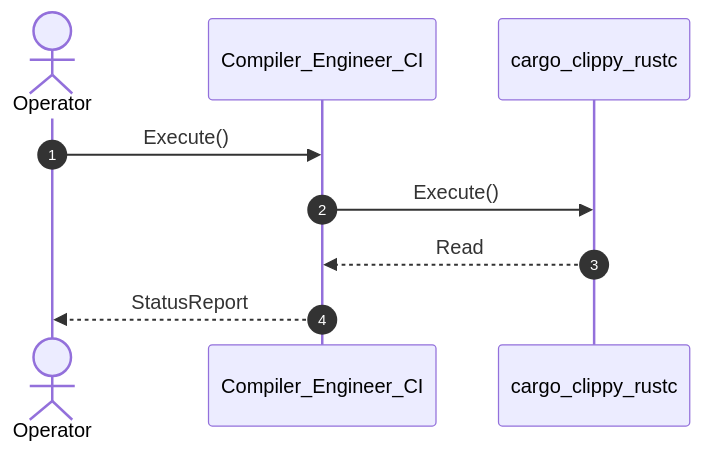
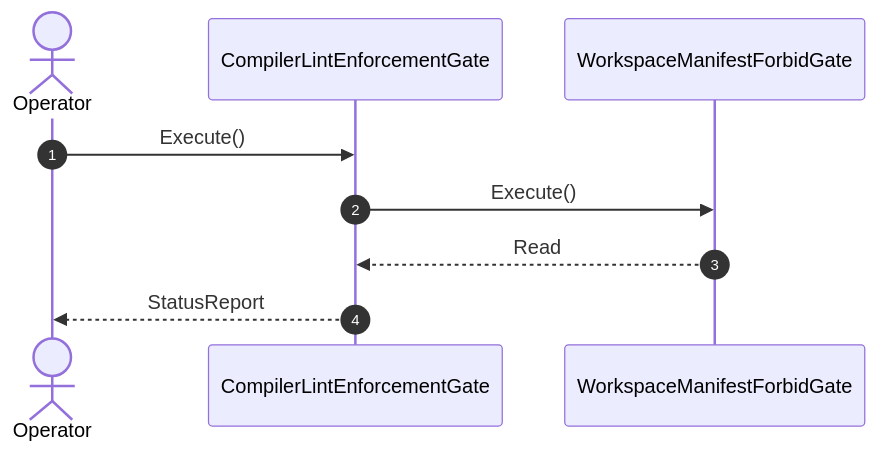
One commit to gintatkinson/DEAP01-spec-core changed the diagram in .pipeline/upstream/docs/user-stories/US-01-Execute.md. Above: the diagram before and after it, drawn with Mermaid. The commit also changed other lines of this file and 179 other files, not shown here.

Commit message:
fix(compiler): remediate upstream specification forward projection, diagram synthesis, and GitHub blob URL resolution

````diff
--- a/.pipeline/upstream/docs/user-stories/US-01-Execute.md
+++ b/.pipeline/upstream/docs/user-stories/US-01-Execute.md
@@ -16,11 +16,11 @@
 ```mermaid
 sequenceDiagram
     autonumber
     actor Operator
-    participant Compiler_Engineer_CI
-    participant cargo_clippy_rustc
-    Operator->>Compiler_Engineer_CI: Execute()
-    Compiler_Engineer_CI->>cargo_clippy_rustc: Execute()
-    cargo_clippy_rustc-->>Compiler_Engineer_CI: Read
-    Compiler_Engineer_CI-->>Operator: StatusReport
+    participant CompilerLintEnforcementGate
+    participant WorkspaceManifestForbidGate
+    Operator->>CompilerLintEnforcementGate: Execute()
+    CompilerLintEnforcementGate->>WorkspaceManifestForbidGate: Execute()
+    WorkspaceManifestForbidGate-->>CompilerLintEnforcementGate: Read
+    CompilerLintEnforcementGate-->>Operator: StatusReport
 ```
````
